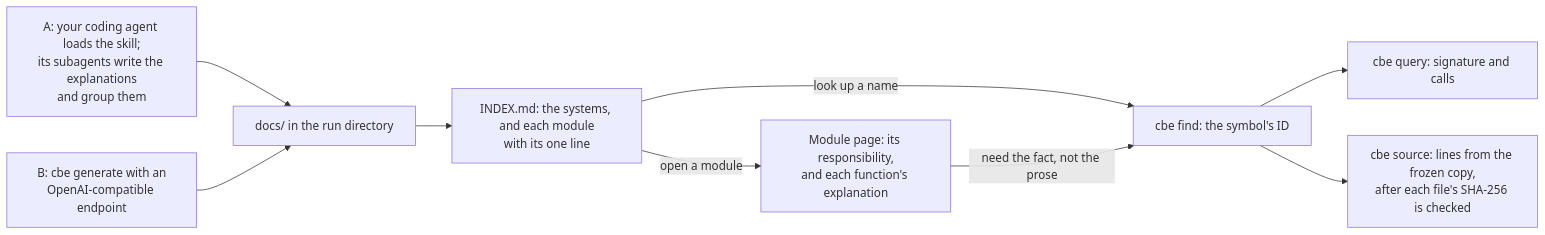
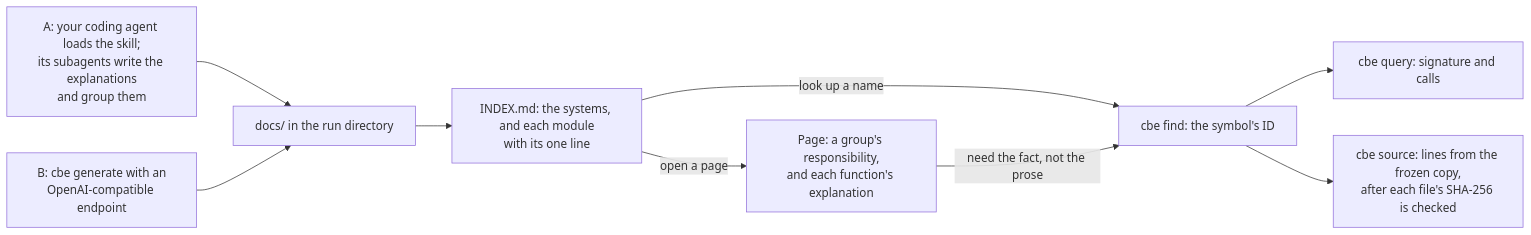
One commit to zlxdengtianhei/codebase-explorer changed the second of 2 diagrams in README.md. Above: the diagram before and after it, drawn with Mermaid. The commit also changed other lines of this file and 19 other files, not shown here.

````diff
--- a/README.md
+++ b/README.md
@@ -117,11 +117,11 @@
 ```mermaid
 flowchart LR
   A["A: your coding agent loads the skill;<br/>its subagents write the explanations<br/>and group them"] --> D["docs/ in the run directory"]
   B["B: cbe generate with an<br/>OpenAI-compatible endpoint"] --> D
   D --> I["INDEX.md: the systems, and each module<br/>with its one line"]
-  I -->|"open a module"| M["Module page: its responsibility,<br/>and each function's explanation"]
+  I -->|"open a page"| M["Page: a group's responsibility,<br/>and each function's explanation"]
   I -->|"look up a name"| N["cbe find: the symbol's ID"]
   M -->|"need the fact, not the prose"| N
   N --> Q["cbe query: signature and calls"]
   N --> S["cbe source: lines from the frozen copy,<br/>after each file's SHA-256 is checked"]
 ```
````
